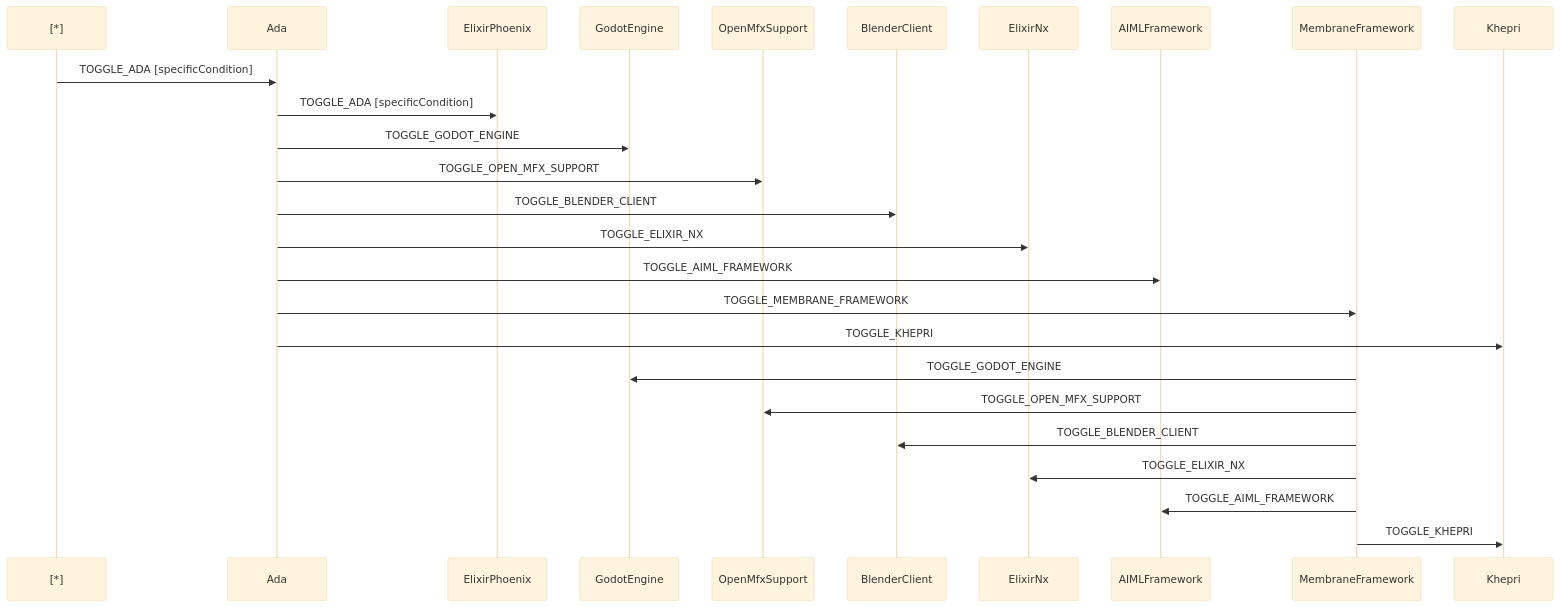
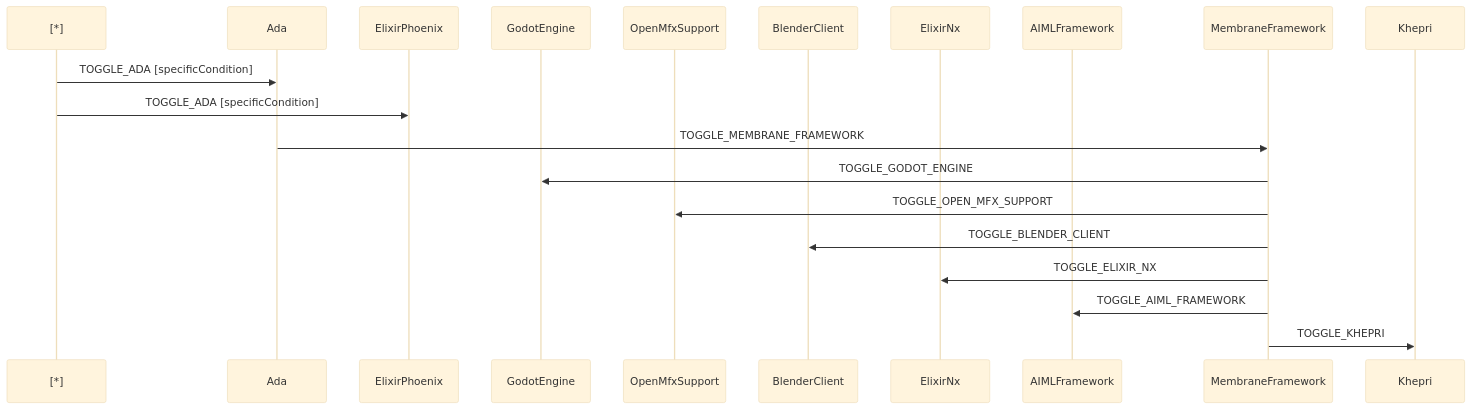
The diagram in decisions/20230618-membrane-framework-for-mesh-processing.md (V-Sekai/manuals), drawn with Mermaid (base theme) before and after one commit.

Commit message:
Update the diagram.

````diff
--- a/decisions/20230618-membrane-framework-for-mesh-processing.md
+++ b/decisions/20230618-membrane-framework-for-mesh-processing.md
@@ -21,30 +21,24 @@
 ```mermaid
 sequenceDiagram
   participant Initial as [*]
   participant Ada
   participant ElixirPhoenix
   participant GodotEngine
   participant OpenMfxSupport
   participant BlenderClient
   participant ElixirNx
   participant AIMLFramework
   participant MembraneFramework
   participant Khepri
 
   Initial->>Ada: TOGGLE_ADA [specificCondition]
-  Ada->>ElixirPhoenix: TOGGLE_ADA [specificCondition]
-  Ada->>GodotEngine: TOGGLE_GODOT_ENGINE
-  Ada->>OpenMfxSupport: TOGGLE_OPEN_MFX_SUPPORT
-  Ada->>BlenderClient: TOGGLE_BLENDER_CLIENT
-  Ada->>ElixirNx: TOGGLE_ELIXIR_NX
-  Ada->>AIMLFramework: TOGGLE_AIML_FRAMEWORK
+  Initial->>ElixirPhoenix: TOGGLE_ADA [specificCondition]
   Ada->>MembraneFramework: TOGGLE_MEMBRANE_FRAMEWORK
-  Ada->>Khepri: TOGGLE_KHEPRI
 
   MembraneFramework->>GodotEngine: TOGGLE_GODOT_ENGINE
   MembraneFramework->>OpenMfxSupport: TOGGLE_OPEN_MFX_SUPPORT
   MembraneFramework->>BlenderClient: TOGGLE_BLENDER_CLIENT
   MembraneFramework->>ElixirNx: TOGGLE_ELIXIR_NX
   MembraneFramework->>AIMLFramework: TOGGLE_AIML_FRAMEWORK
   MembraneFramework->>Khepri: TOGGLE_KHEPRI
 ```
````
